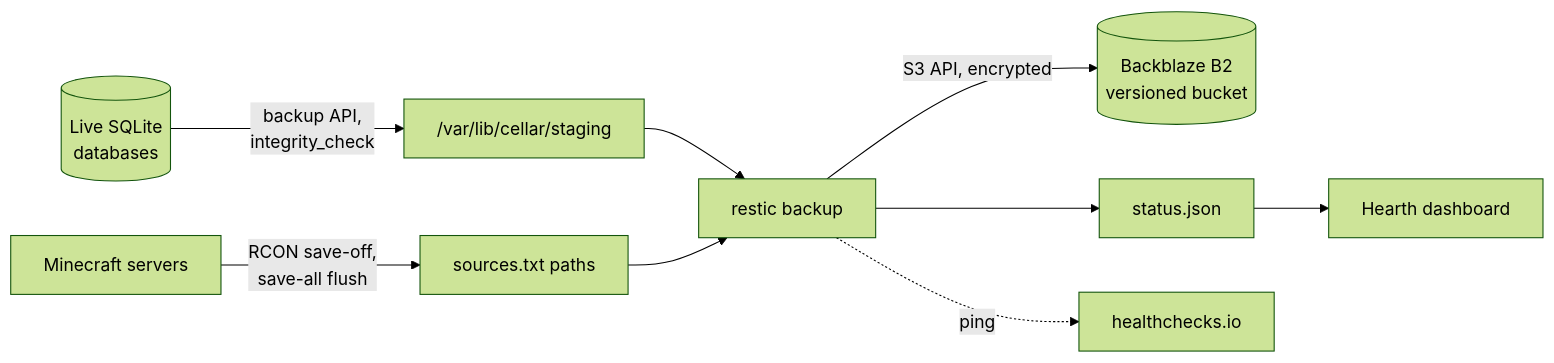
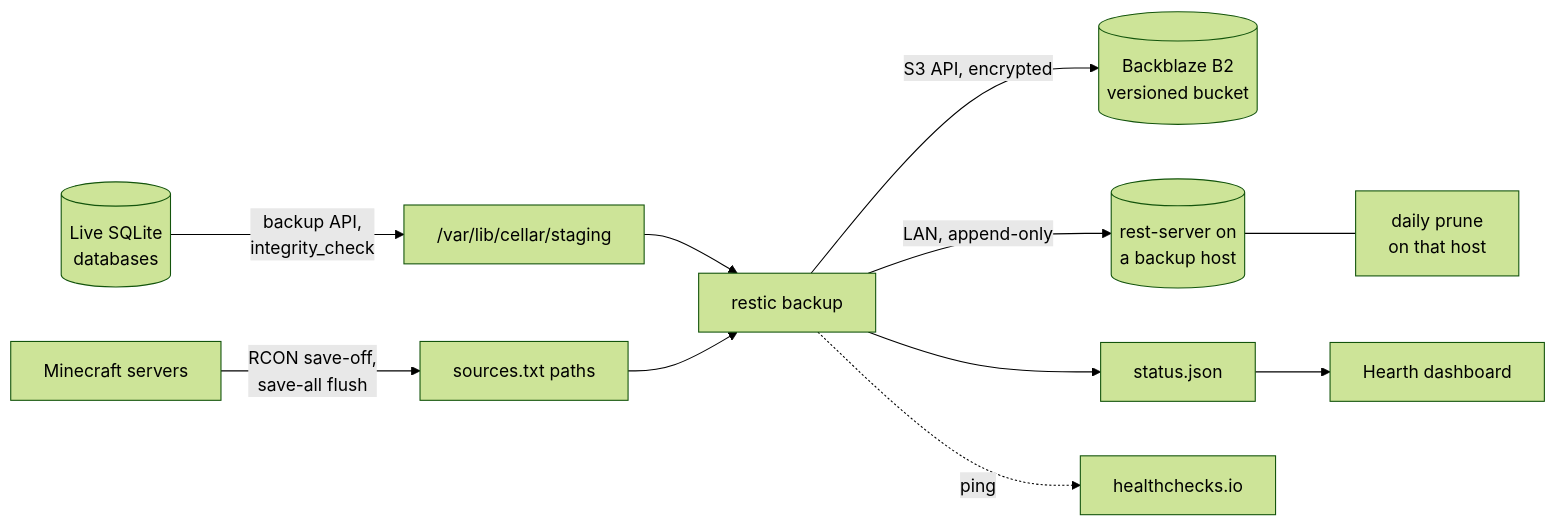
The diagram in README.md (anthonyradke/cellar), drawn with Mermaid (forest theme) before and after one commit. The commit also changed other lines of this file and 16 other files, not shown here.

Commit message:
add append-only local copy on a backup host with its own checks and drills

````diff
--- a/README.md
+++ b/README.md
@@ -19,11 +20,13 @@
 ```mermaid
 flowchart LR
   db[("Live SQLite<br/>databases")] -- "backup API,<br/>integrity_check" --> stage["/var/lib/cellar/staging"]
   mc["Minecraft servers"] -- "RCON save-off,<br/>save-all flush" --> paths
   stage --> restic["restic backup"]
   paths["sources.txt paths"] --> restic
   restic -- "S3 API, encrypted" --> b2[("Backblaze B2<br/>versioned bucket")]
+  restic -- "LAN, append-only" --> local[("rest-server on<br/>a backup host")]
+  local --- prune["daily prune<br/>on that host"]
   restic --> status["status.json"]
   status --> hearth["Hearth dashboard"]
   restic -. "ping" .-> hc["healthchecks.io"]
 ```
````
